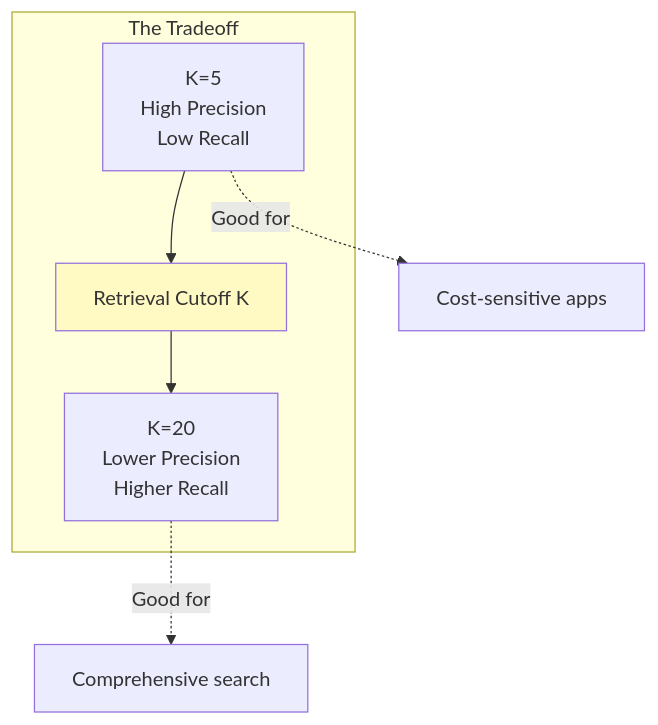
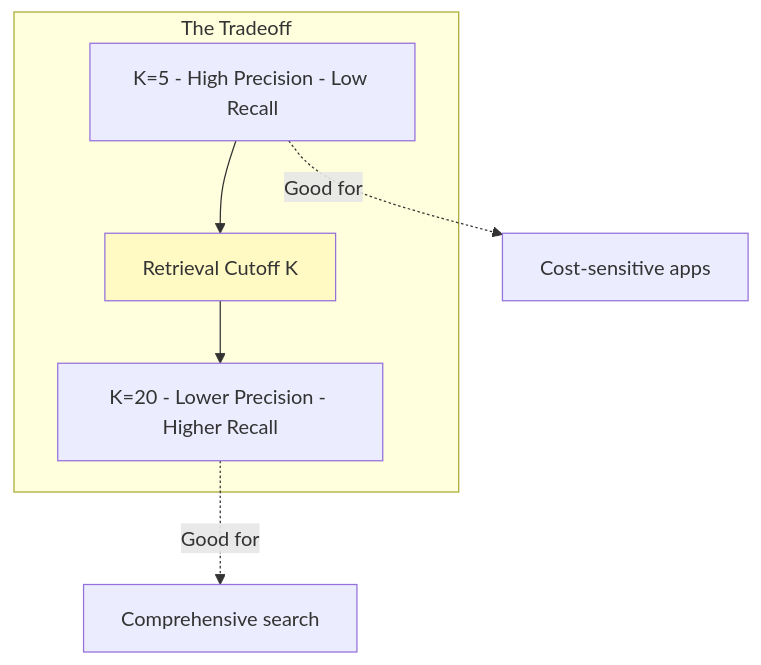
Before and after one commit to indhra/llm_rag_sec_findings: the third of 8 diagrams in docs/learning/07-evaluation-metrics.md, drawn with Mermaid. The commit also changed other lines of this file and 9 other files, not shown here.

````diff
--- a/docs/learning/07-evaluation-metrics.md
+++ b/docs/learning/07-evaluation-metrics.md
@@ -103,12 +103,12 @@
 ```mermaid
 graph TD
     subgraph "The Tradeoff"
-        K1[K=5<br/>High Precision<br/>Low Recall] --> T[Retrieval Cutoff K]
-        T --> K2[K=20<br/>Lower Precision<br/>Higher Recall]
+        K1[K=5 - High Precision - Low Recall] --> T[Retrieval Cutoff K]
+        T --> K2[K=20 - Lower Precision - Higher Recall]
     end
     
     K1 -.->|Good for| U1[Cost-sensitive apps]
     K2 -.->|Good for| U2[Comprehensive search]
     
     style T fill:#fff9c4
 ```
````
